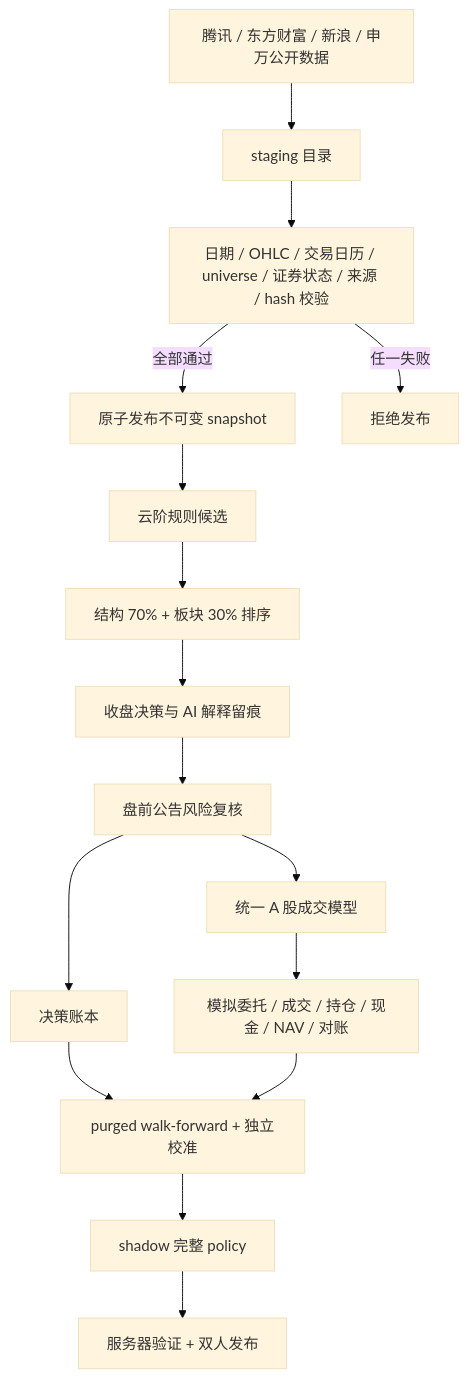
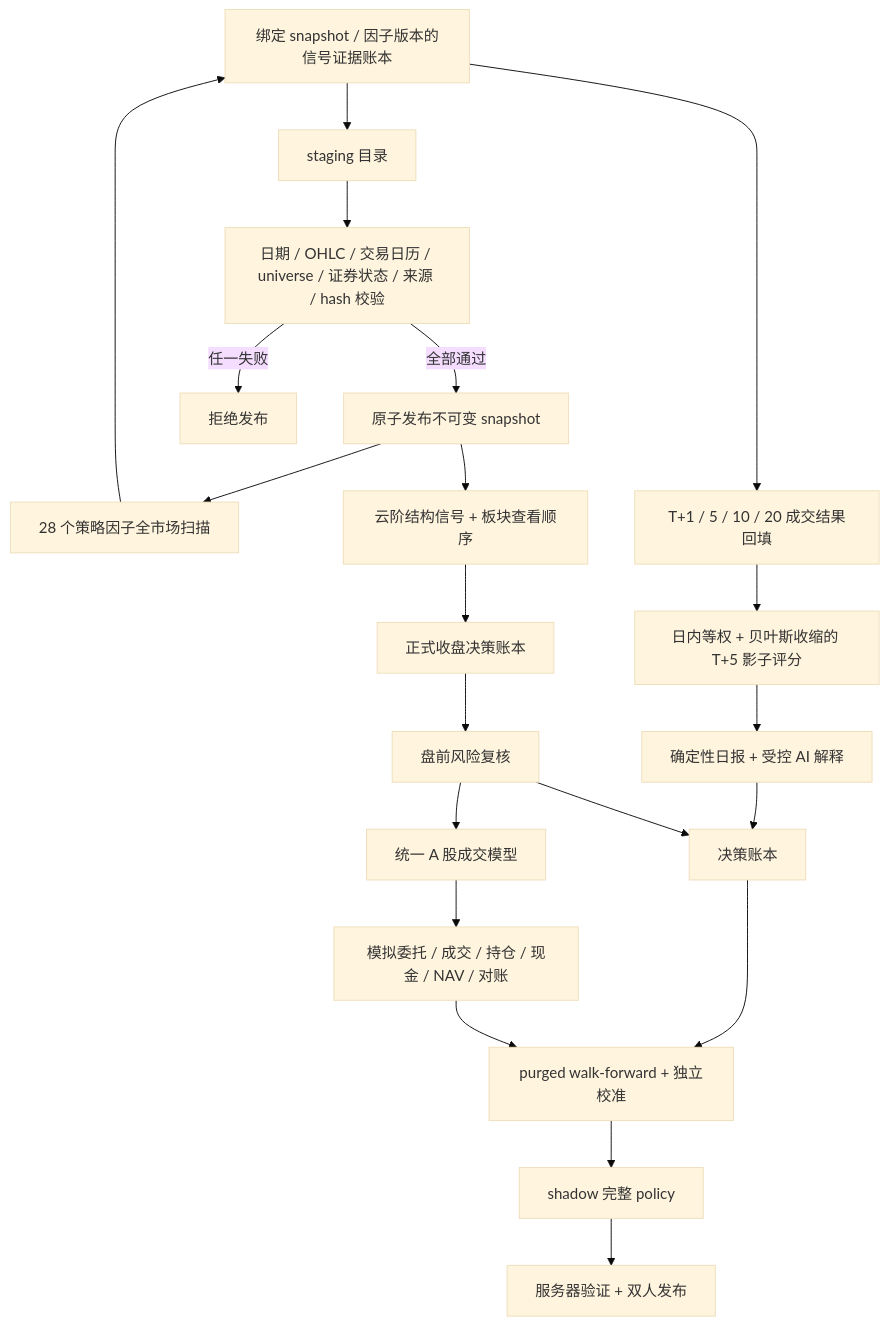
The diagram in docs/architecture.md (garyzheng0714-lang/a-share-quant-selector), drawn with Mermaid (base theme) before and after one commit. The commit also changed other lines of this file and 97 other files, not shown here.

````diff
--- a/docs/architecture.md
+++ b/docs/architecture.md
@@ -7,18 +7,23 @@
 ```mermaid
 flowchart TD
     E["腾讯 / 东方财富 / 新浪 / 申万公开数据"] --> S["staging 目录"]
     S --> V["日期 / OHLC / 交易日历 / universe / 证券状态 / 来源 / hash 校验"]
     V -->|"全部通过"| P["原子发布不可变 snapshot"]
     V -->|"任一失败"| X["拒绝发布"]
-    P --> B["云阶规则候选"]
-    B --> H["结构 70% + 板块 30% 排序"]
-    H --> C["收盘决策与 AI 解释留痕"]
-    C --> R["盘前公告风险复核"]
+    P --> B["28 个策略因子全市场扫描"]
+    B --> E["绑定 snapshot / 因子版本的信号证据账本"]
+    E --> F["T+1 / 5 / 10 / 20 成交结果回填"]
+    F --> M["日内等权 + 贝叶斯收缩的 T+5 影子评分"]
+    M --> I["确定性日报 + 受控 AI 解释"]
+    P --> H["云阶结构信号 + 板块查看顺序"]
+    H --> C["正式收盘决策账本"]
+    C --> R["盘前风险复核"]
+    I --> L
     R --> L["决策账本"]
     R --> T["统一 A 股成交模型"]
     T --> Q["模拟委托 / 成交 / 持仓 / 现金 / NAV / 对账"]
     L --> O["purged walk-forward + 独立校准"]
     Q --> O
     O --> G["shadow 完整 policy"]
     G --> A["服务器验证 + 双人发布"]
 ```
````
